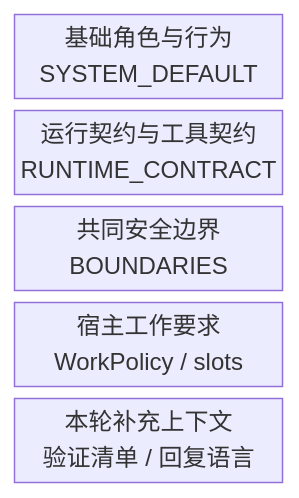
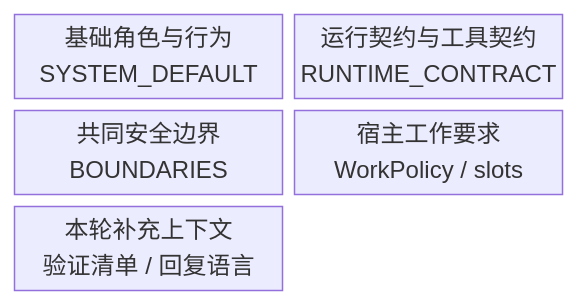
The diagram in apps/web/content/docs/code/9.1.6/_diagrams/prompt-stack.mmd (RezinChow/aster), drawn with Mermaid before and after one commit. The commit also changed 155 other files, not shown here.

Commit message:
feat(web): add Spotlight source reading and unify architecture figures

```diff
--- a/apps/web/content/docs/code/9.1.6/_diagrams/prompt-stack.mmd
+++ b/apps/web/content/docs/code/9.1.6/_diagrams/prompt-stack.mmd
@@ -1,7 +1,7 @@
 block-beta
-  columns 1
+  columns 2
   base["基础角色与行为<br/>SYSTEM_DEFAULT"]
   runtime["运行契约与工具契约<br/>RUNTIME_CONTRACT"]
   boundaries["共同安全边界<br/>BOUNDARIES"]
   host["宿主工作要求<br/>WorkPolicy / slots"]
   turn["本轮补充上下文<br/>验证清单 / 回复语言"]
```
